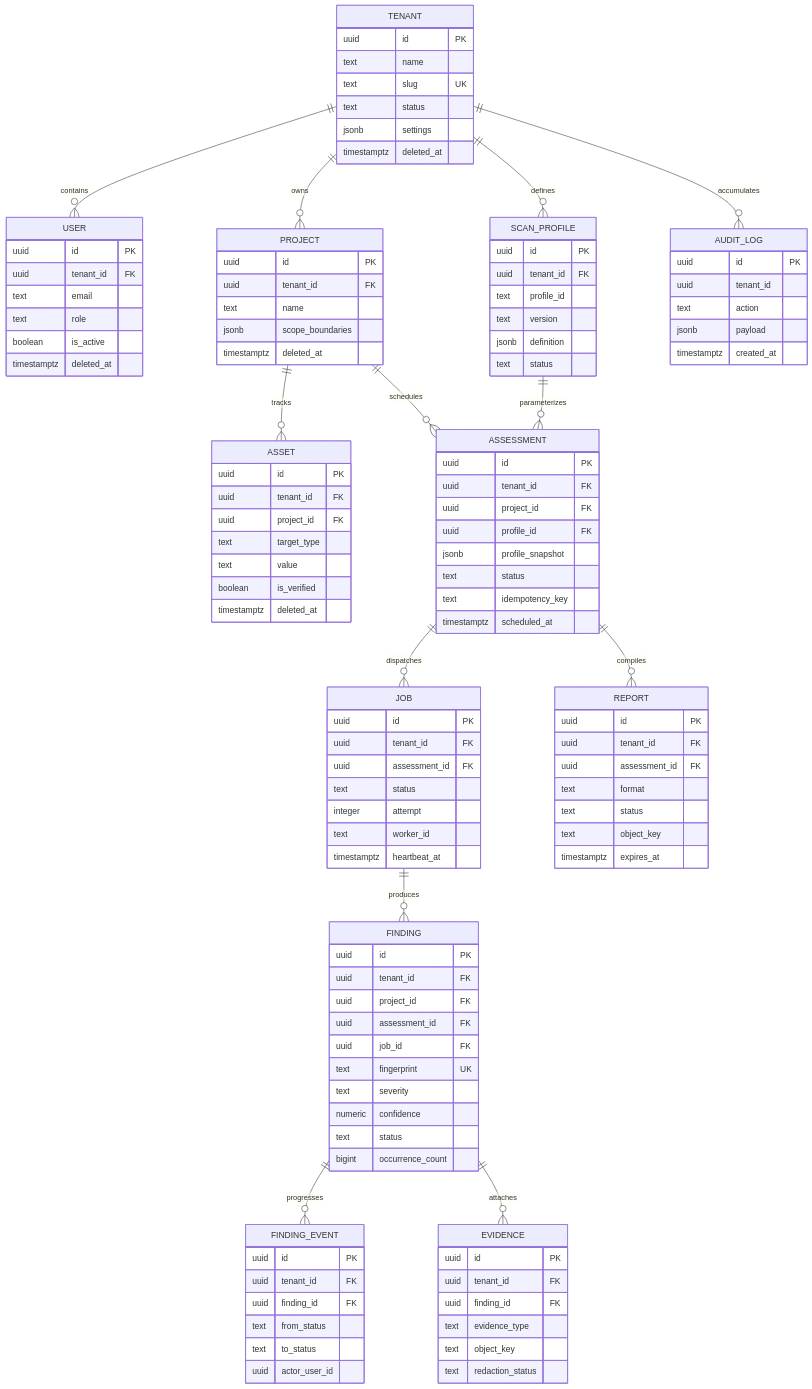
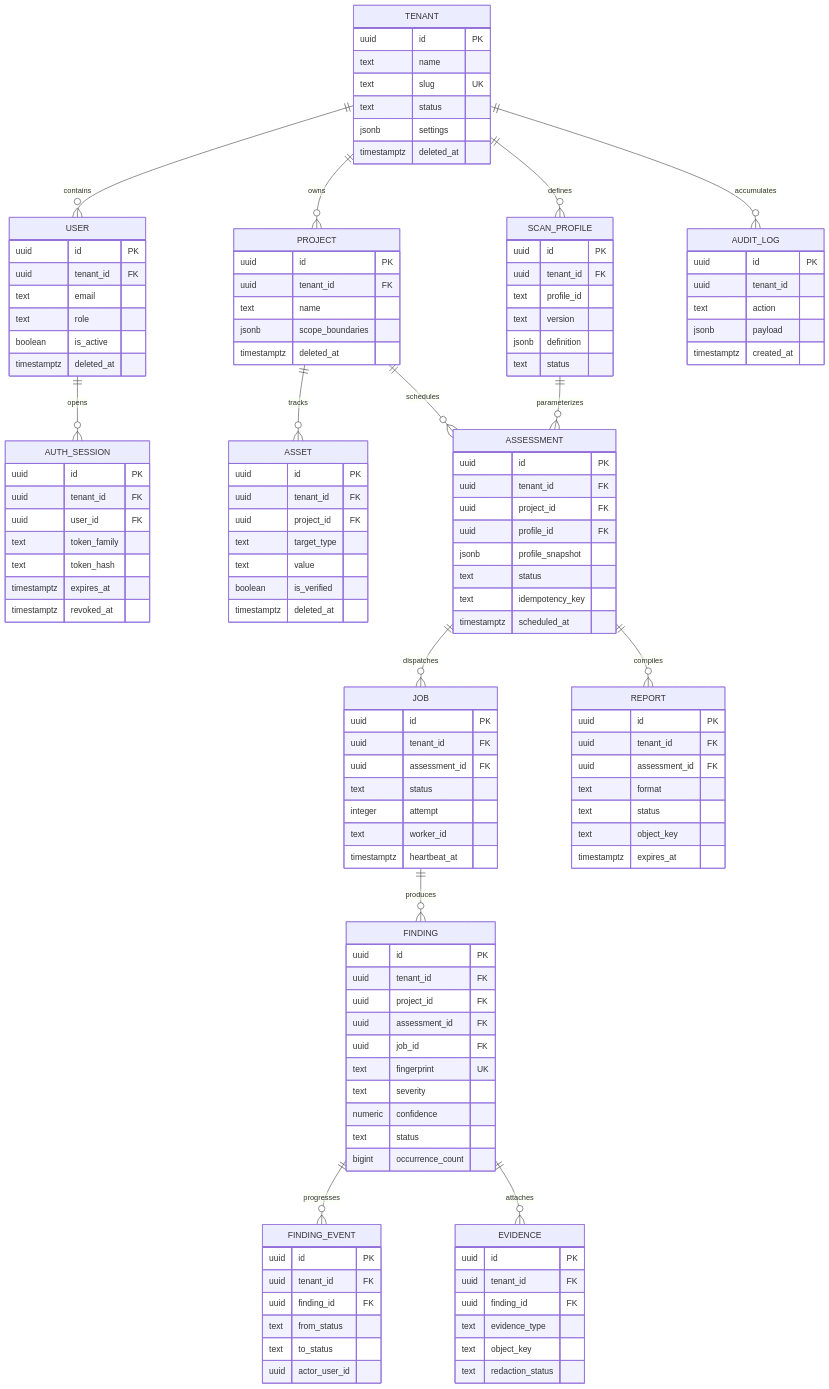
One commit to eOzkahq/Kelvin changed the diagram in docs/architecture/DATA_MODEL.md. Above: the diagram before and after it, drawn with Mermaid. The commit also changed other lines of this file and 5 other files, not shown here.

````diff
--- a/docs/architecture/DATA_MODEL.md
+++ b/docs/architecture/DATA_MODEL.md
@@ -106,6 +106,7 @@
 ```mermaid
 erDiagram
     TENANT ||--o{ USER : contains
+    USER ||--o{ AUTH_SESSION : opens
     TENANT ||--o{ PROJECT : owns
     TENANT ||--o{ SCAN_PROFILE : defines
     TENANT ||--o{ AUDIT_LOG : accumulates
@@ -133,6 +134,15 @@
         text role
         boolean is_active
         timestamptz deleted_at
+    }
+    AUTH_SESSION {
+        uuid id PK
+        uuid tenant_id FK
+        uuid user_id FK
+        text token_family
+        text token_hash
+        timestamptz expires_at
+        timestamptz revoked_at
     }
     PROJECT {
         uuid id PK
````
